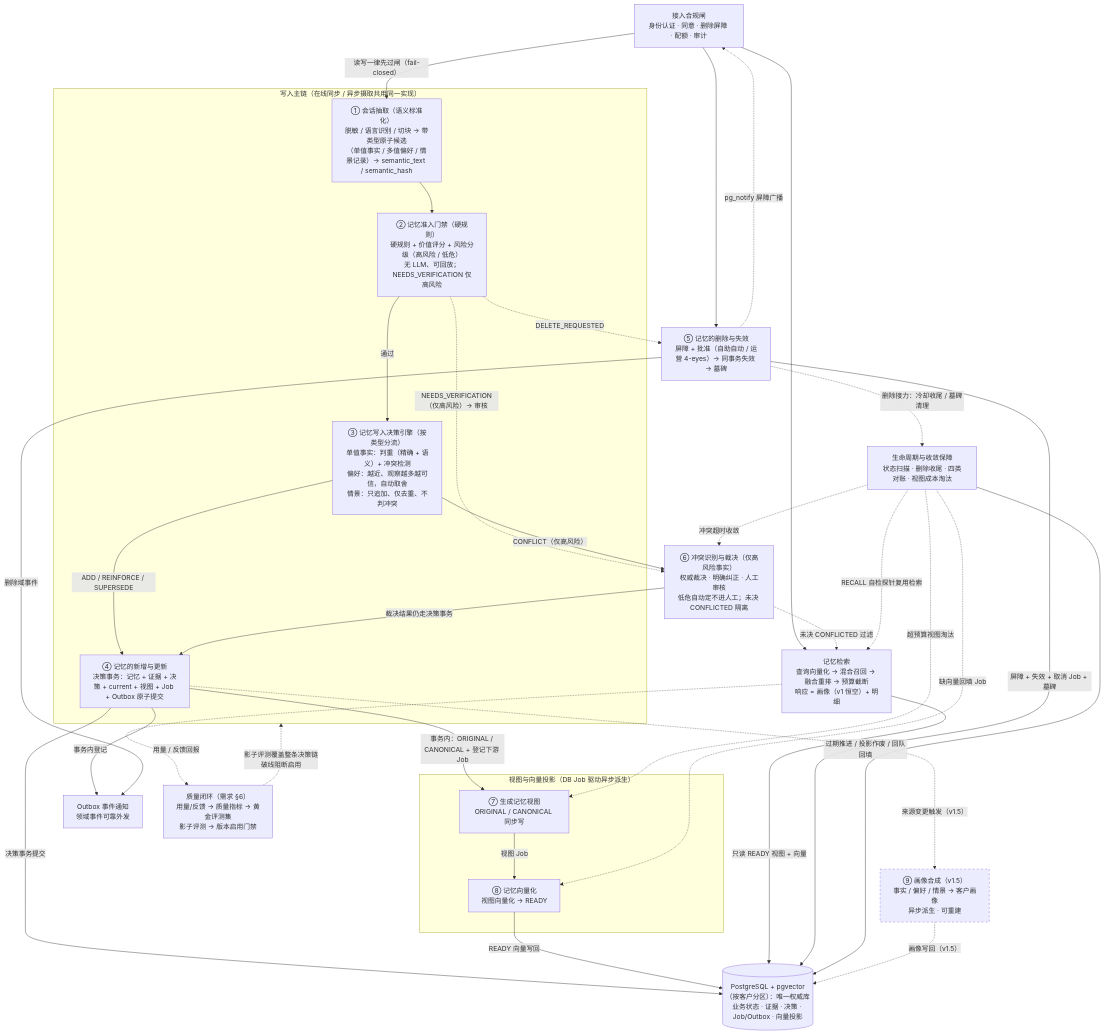
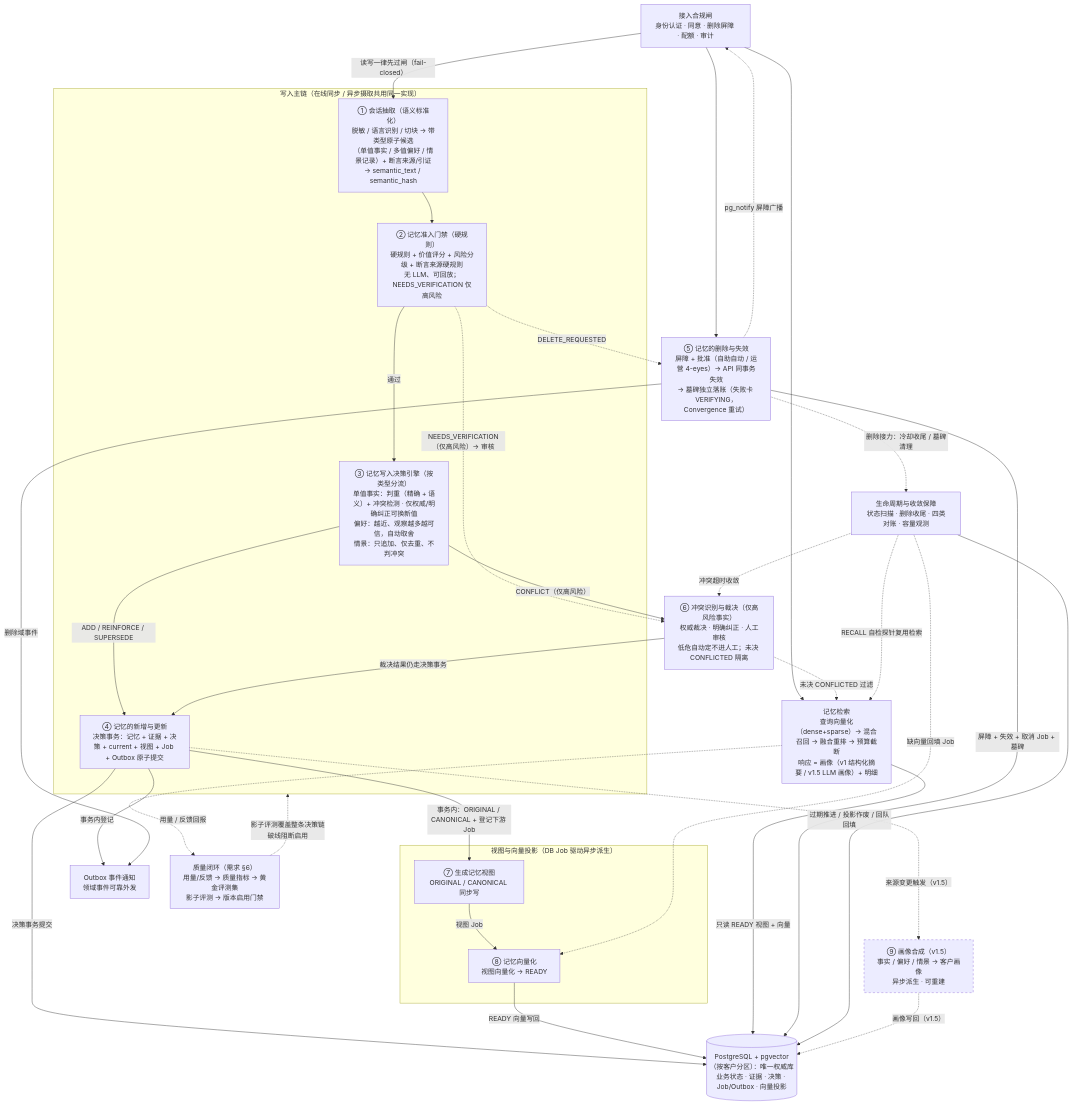
The second of 3 diagrams in docs/0-概要设计/1-总体架构.md (luming1617/mms), drawn with Mermaid before and after one commit. The commit also changed other lines of this file and 4 other files, not shown here.

````diff
--- a/docs/0-概要设计/1-总体架构.md
+++ b/docs/0-概要设计/1-总体架构.md
@@ -89,62 +91,61 @@
 ```mermaid
 flowchart TB
   GATE["接入合规闸<br/>身份认证 · 同意 · 删除屏障 · 配额 · 审计"]
 
   subgraph WRITE["写入主链（在线同步 / 异步摄取共用同一实现）"]
-    EXT["① 会话抽取（语义标准化）<br/>脱敏 / 语言识别 / 切块 → 带类型原子候选<br/>（单值事实 / 多值偏好 / 情景记录）→ semantic_text / semantic_hash"]
-    ADM["② 记忆准入门禁（硬规则）<br/>硬规则 + 价值评分 + 风险分级（高风险 / 低危）<br/>无 LLM、可回放；NEEDS_VERIFICATION 仅高风险"]
-    DEC["③ 记忆写入决策引擎（按类型分流）<br/>单值事实：判重（精确 + 语义）+ 冲突检测<br/>偏好：越近、观察越多越可信，自动取舍<br/>情景：只追加、仅去重、不判冲突"]
+    EXT["① 会话抽取（语义标准化）<br/>脱敏 / 语言识别 / 切块 → 带类型原子候选<br/>（单值事实 / 多值偏好 / 情景记录）+ 断言来源/引证<br/>→ semantic_text / semantic_hash"]
+    ADM["② 记忆准入门禁（硬规则）<br/>硬规则 + 价值评分 + 风险分级 + 断言来源硬规则<br/>无 LLM、可回放；NEEDS_VERIFICATION 仅高风险"]
+    DEC["③ 记忆写入决策引擎（按类型分流）<br/>单值事实：判重（精确 + 语义）+ 冲突检测 · 仅权威/明确纠正可换新值<br/>偏好：越近、观察越多越可信，自动取舍<br/>情景：只追加、仅去重、不判冲突"]
     UPS["④ 记忆的新增与更新<br/>决策事务：记忆 + 证据 + 决策 + current + 视图 + Job + Outbox 原子提交"]
   end
 
   CFL["⑥ 冲突识别与裁决（仅高风险事实）<br/>权威裁决 · 明确纠正 · 人工审核<br/>低危自动定不进人工；未决 CONFLICTED 隔离"]
-  DEL["⑤ 记忆的删除与失效<br/>屏障 + 批准（自助自动 / 运营 4-eyes）→ 同事务失效 → 墓碑"]
+  DEL["⑤ 记忆的删除与失效<br/>屏障 + 批准（自助自动 / 运营 4-eyes）→ API 同事务失效<br/>→ 墓碑独立落账（失败卡 VERIFYING，Convergence 重试）"]
 
   subgraph DERIVE["视图与向量投影（DB Job 驱动异步派生）"]
     VIEW["⑦ 生成记忆视图<br/>ORIGINAL / CANONICAL 同步写"]
     EMB["⑧ 记忆向量化<br/>视图向量化 → READY"]
   end
 
-  RETR["记忆检索<br/>查询向量化 → 混合召回 → 融合重排 → 预算截断<br/>响应 = 画像（v1 恒空）+ 明细"]
+  RETR["记忆检索<br/>查询向量化（dense+sparse）→ 混合召回 → 融合重排 → 预算截断<br/>响应 = 画像（v1 结构化摘要 / v1.5 LLM 画像）+ 明细"]
   PROF["⑨ 画像合成（v1.5）<br/>事实 / 偏好 / 情景 → 客户画像<br/>异步派生 · 可重建"]
-  LIFE["生命周期与收敛保障<br/>状态扫描 · 删除收尾 · 四类对账 · 视图成本淘汰"]
+  LIFE["生命周期与收敛保障<br/>状态扫描 · 删除收尾 · 四类对账 · 容量观测"]
   OB["Outbox 事件通知<br/>领域事件可靠外发"]
   QUAL["质量闭环（需求 §6）<br/>用量/反馈 → 质量指标 → 黄金评测集<br/>影子评测 → 版本启用门禁"]
   PG[("PostgreSQL + pgvector（按客户分区）：唯一权威库<br/>业务状态 · 证据 · 决策 · Job/Outbox · 向量投影")]
 
   GATE -->|读写一律先过闸（fail-closed）| EXT
   GATE --> RETR
   GATE --> DEL
 
   EXT --> ADM
   ADM -->|通过| DEC
   ADM -.->|NEEDS_VERIFICATION（仅高风险）→ 审核| CFL
   ADM -.->|DELETE_REQUESTED| DEL
   DEC -->|ADD / REINFORCE / SUPERSEDE| UPS
   DEC -->|CONFLICT（仅高风险）| CFL
   CFL -->|裁决结果仍走决策事务| UPS
   CFL -.->|未决 CONFLICTED 过滤| RETR
 
   UPS -->|事务内：ORIGINAL / CANONICAL + 登记下游 Job| VIEW
   UPS -->|事务内登记| OB
   UPS -->|决策事务提交| PG
   VIEW -->|视图 Job| EMB
   EMB -->|READY 向量写回| PG
 
   RETR -->|只读 READY 视图 + 向量| PG
   DEL -->|屏障 + 失效 + 取消 Job + 墓碑| PG
   DEL -->|删除域事件| OB
   DEL -.->|删除接力：冷却收尾 / 墓碑清理| LIFE
   DEL -.->|pg_notify 屏障广播| GATE
 
   LIFE -->|过期推进 / 投影作废 / 回队回填| PG
   LIFE -.->|冲突超时收敛| CFL
   LIFE -.->|缺向量回填 Job| EMB
-  LIFE -.->|超预算视图淘汰| VIEW
   LIFE -.->|RECALL 自检探针复用检索| RETR
   RETR -.->|用量 / 反馈回报| QUAL
   QUAL -.->|影子评测覆盖整条决策链<br/>破线阻断启用| WRITE
   UPS -.->|来源变更触发（v1.5）| PROF
   PROF -.->|画像写回（v1.5）| PG
   style PROF stroke-dasharray: 5 5
 ```
````
